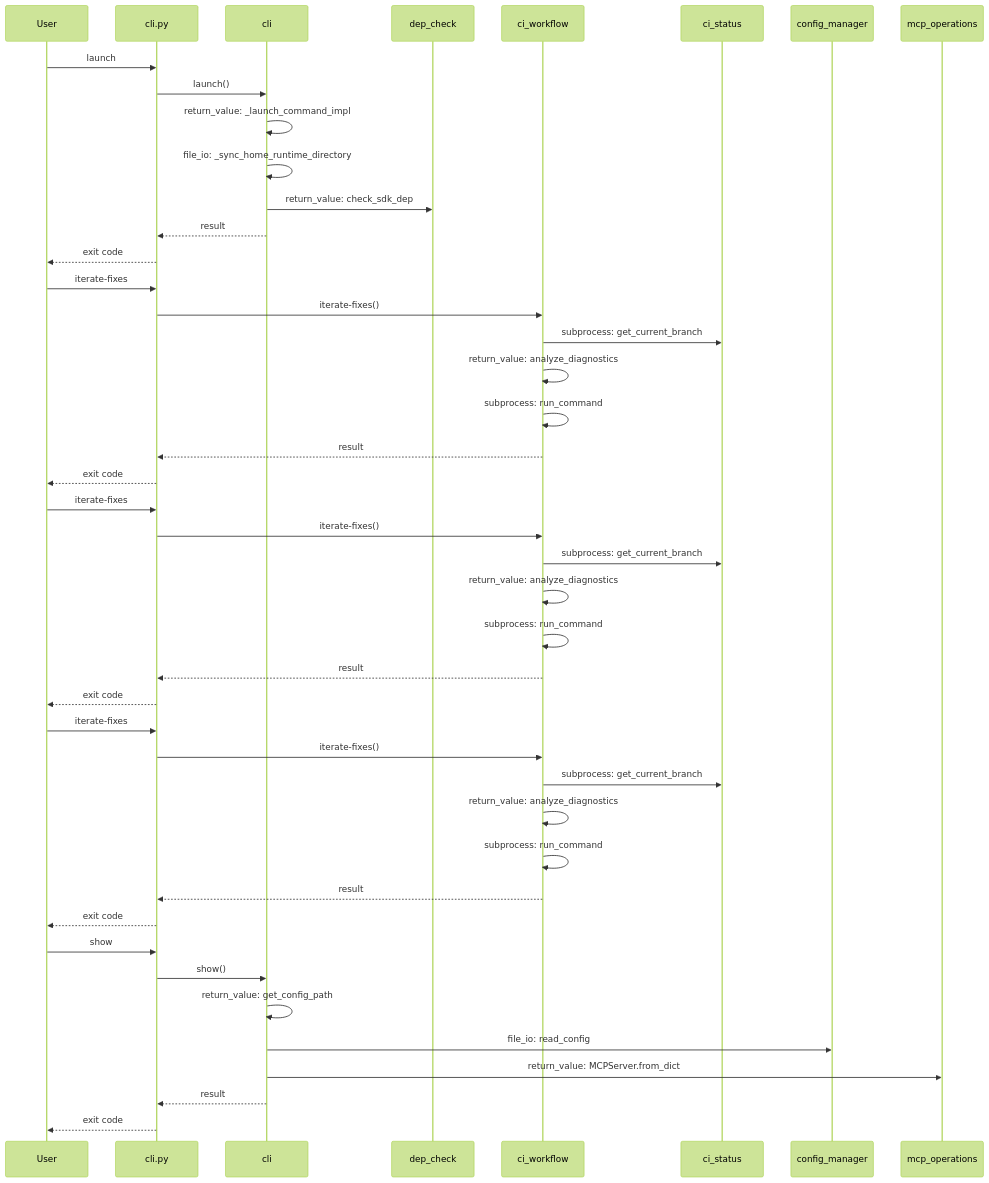
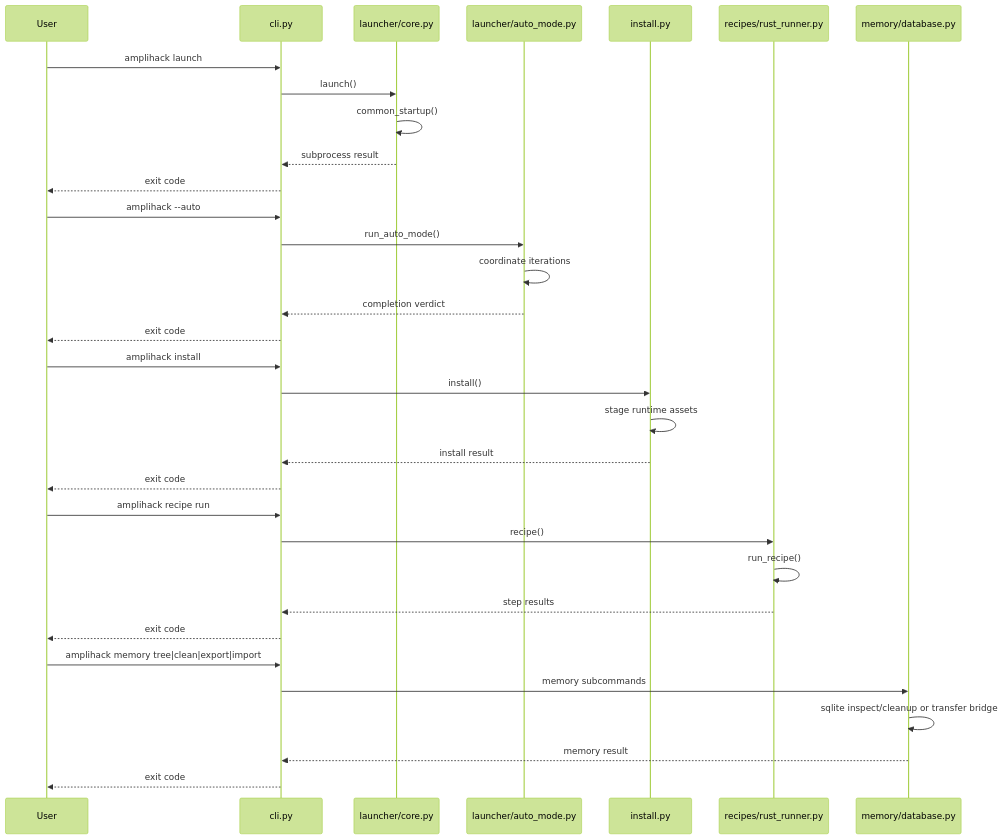
One commit to rysweet/amplihack changed the diagram in docs/atlas/user-journeys/user-journeys.mmd. Above: the diagram before and after it, drawn with Mermaid (forest theme). The commit also changed 6 other files, not shown here.

```diff
--- a/docs/atlas/user-journeys/user-journeys.mmd
+++ b/docs/atlas/user-journeys/user-journeys.mmd
@@ -1,48 +1,37 @@
 sequenceDiagram
     participant User
     participant CLI as cli.py
-    participant cli
-    User->>CLI: launch
-    CLI->>cli: launch()
-    cli->>cli: return_value: _launch_command_impl
-    cli->>cli: file_io: _sync_home_runtime_directory
-    participant dep_check
-    cli->>dep_check: return_value: check_sdk_dep
-    cli-->>CLI: result
+    participant Launch as launcher/core.py
+    User->>CLI: amplihack launch
+    CLI->>Launch: launch()
+    Launch->>Launch: common_startup()
+    Launch-->>CLI: subprocess result
     CLI-->>User: exit code
 
-    participant ci_workflow
-    User->>CLI: iterate-fixes
-    CLI->>ci_workflow: iterate-fixes()
-    participant ci_status
-    ci_workflow->>ci_status: subprocess: get_current_branch
-    ci_workflow->>ci_workflow: return_value: analyze_diagnostics
-    ci_workflow->>ci_workflow: subprocess: run_command
-    ci_workflow-->>CLI: result
+    participant Auto as launcher/auto_mode.py
+    User->>CLI: amplihack --auto
+    CLI->>Auto: run_auto_mode()
+    Auto->>Auto: coordinate iterations
+    Auto-->>CLI: completion verdict
     CLI-->>User: exit code
 
-    User->>CLI: iterate-fixes
-    CLI->>ci_workflow: iterate-fixes()
-    ci_workflow->>ci_status: subprocess: get_current_branch
-    ci_workflow->>ci_workflow: return_value: analyze_diagnostics
-    ci_workflow->>ci_workflow: subprocess: run_command
-    ci_workflow-->>CLI: result
+    participant Install as install.py
+    User->>CLI: amplihack install
+    CLI->>Install: install()
+    Install->>Install: stage runtime assets
+    Install-->>CLI: install result
     CLI-->>User: exit code
 
-    User->>CLI: iterate-fixes
-    CLI->>ci_workflow: iterate-fixes()
-    ci_workflow->>ci_status: subprocess: get_current_branch
-    ci_workflow->>ci_workflow: return_value: analyze_diagnostics
-    ci_workflow->>ci_workflow: subprocess: run_command
-    ci_workflow-->>CLI: result
+    participant Recipe as recipes/rust_runner.py
+    User->>CLI: amplihack recipe run
+    CLI->>Recipe: recipe()
+    Recipe->>Recipe: run_recipe()
+    Recipe-->>CLI: step results
     CLI-->>User: exit code
 
-    User->>CLI: show
-    CLI->>cli: show()
-    cli->>cli: return_value: get_config_path
-    participant config_manager
-    cli->>config_manager: file_io: read_config
-    participant mcp_operations
-    cli->>mcp_operations: return_value: MCPServer.from_dict
-    cli-->>CLI: result
+    participant Memory as memory/database.py
+    User->>CLI: amplihack memory tree|clean|export|import
+    CLI->>Memory: memory subcommands
+    Memory->>Memory: sqlite inspect/cleanup or transfer bridge
+    Memory-->>CLI: memory result
     CLI-->>User: exit code
```
